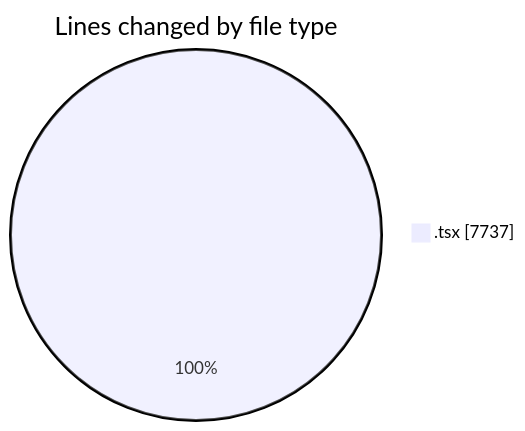
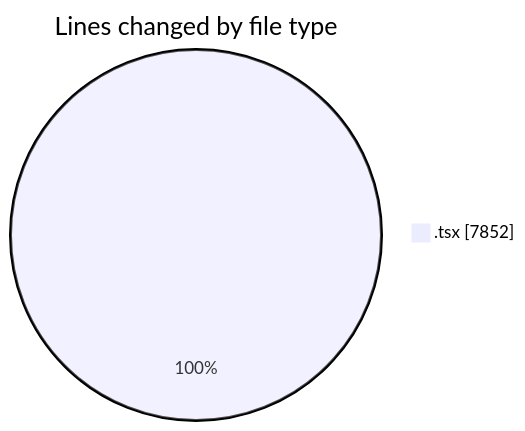
The first of 2 diagrams in 2025-12-04/cda/README.md (momahboobian/code-tracking), drawn with Mermaid before and after one commit. The commit also changed other lines of this file and 1 other file, not shown here.

````diff
--- a/2025-12-04/cda/README.md
+++ b/2025-12-04/cda/README.md
@@ -29,5 +29,5 @@
 ```mermaid
 pie showData
 title Lines changed by file type
-".tsx" : 7737
+".tsx" : 7852
 ```
````
